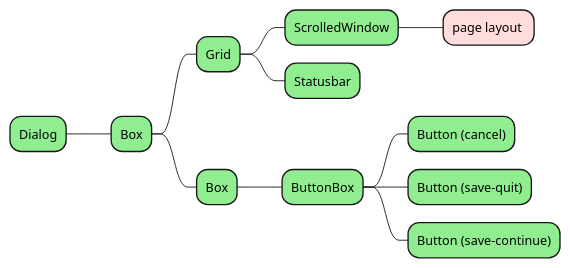
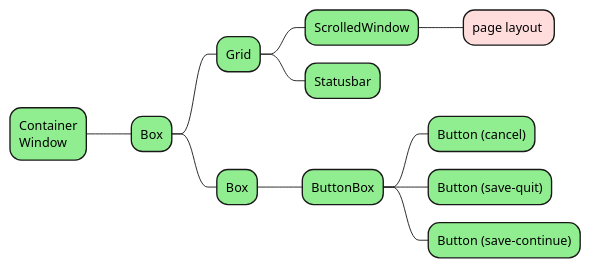
Before and after one commit to MARTIMM/question-answer: the first of 9 diagrams in docs/content-docs/setup/structures-gui.md, drawn with PlantUML. The commit also changed other lines of this file and 3 other files, not shown here.

````diff
--- a/docs/content-docs/setup/structures-gui.md
+++ b/docs/content-docs/setup/structures-gui.md
@@ -11,33 +11,33 @@
 ```plantuml
 @startmindmap
 scale 0.9
 <style>
 mindmapDiagram {
   node {
     BackgroundColor lightGreen
   }
 
   .rose {
     BackgroundColor #ffdddd
   }
 
   .gray {
     BackgroundColor #ffffff
     FontColor #aaaaaa
   }
 }
 </style>
 
-* Dialog
+* Container\nWindow
 ** Box
 *** Grid
 **** ScrolledWindow
 ***** page layout <<rose>>
 **** Statusbar
 *** Box
 **** ButtonBox
 ***** Button (cancel)
 ***** Button (save-quit)
 ***** Button (save-continue)
 @endmindmap
 ```
````
